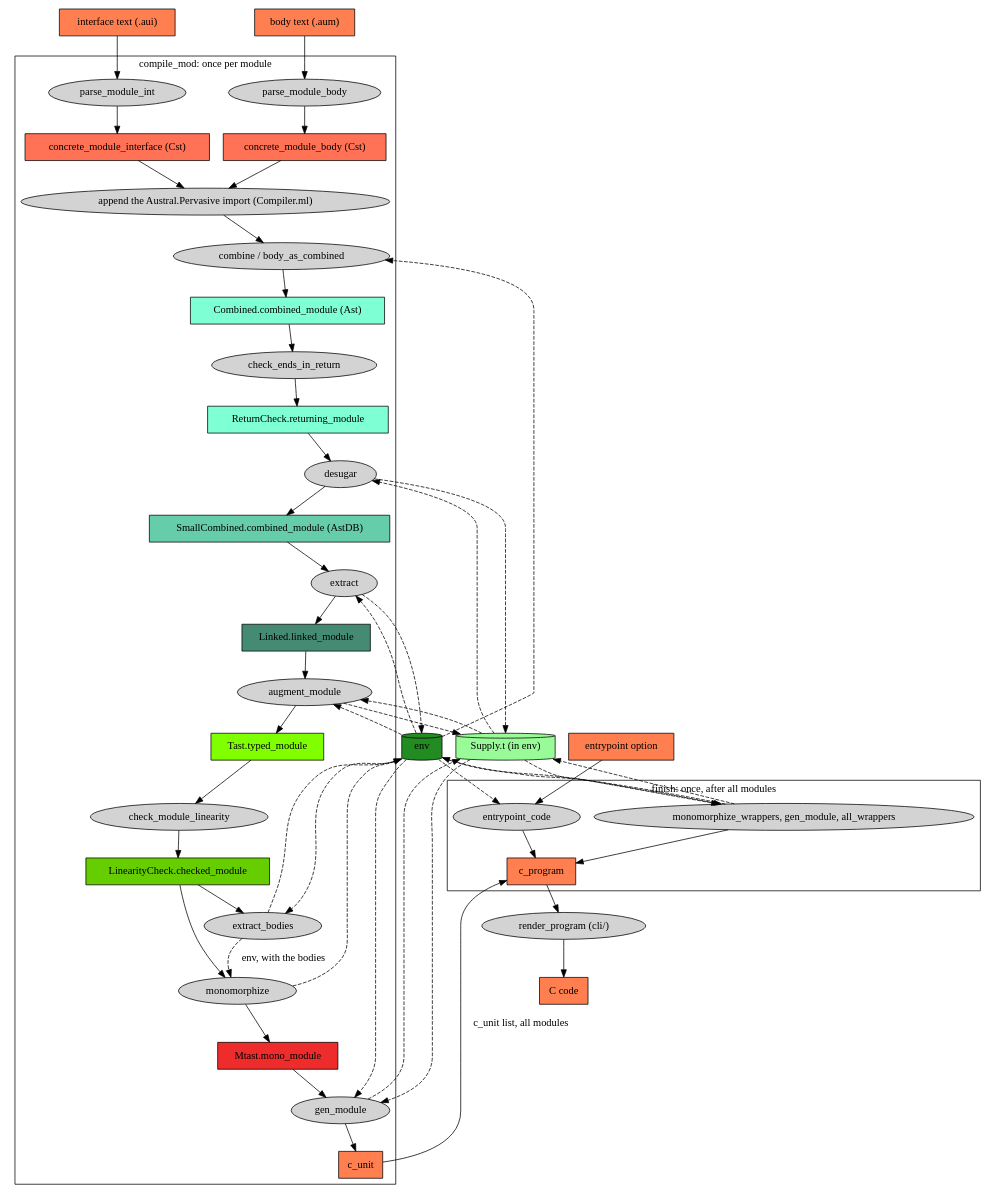
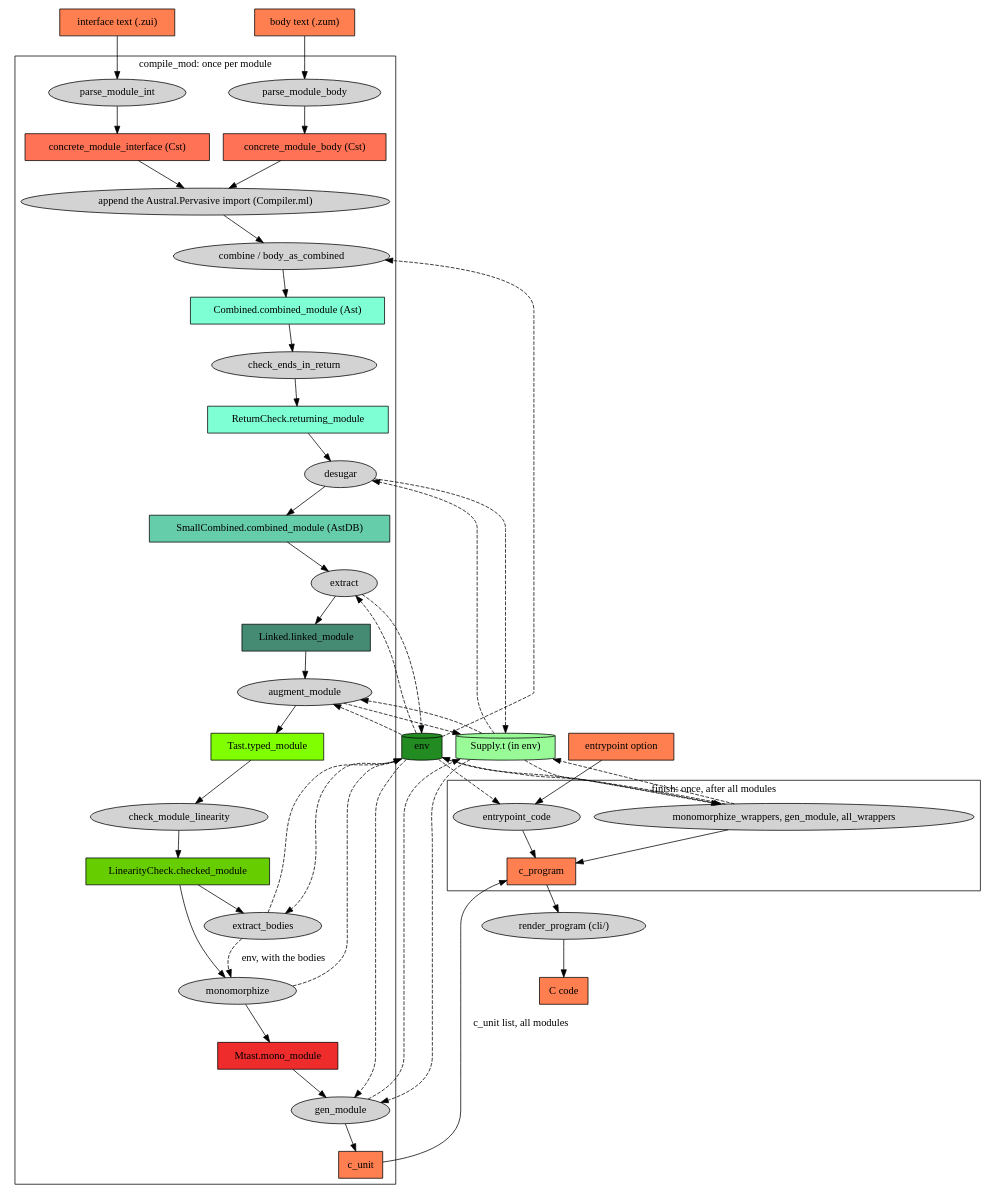
Before and after one commit to seiei-sogen/zustral: the diagram in docs/pipeline.dot, drawn with Graphviz. The commit also changed 2667 other files, not shown here.

First line of the commit message:
ソースファイルの拡張子を `.zum`（モジュール本体）と `.zui`（インターフェース）に変える (#166)

```diff
--- a/docs/pipeline.dot
+++ b/docs/pipeline.dot
@@ -1,89 +1,89 @@
 // The stages of lib/Compiler.ml and their types in lib/Pipeline.mli.
 // Boxes are values, ellipses are stages (named by the function that runs them).
 // A dashed edge is the environment or the supply that a stage reads or returns.
 digraph G {
     node[style=filled]
 
     // The two together (or the body alone), each with its file name, are one module_source.
-    aui[shape=rect fillcolor=coral label="interface text (.aui)"]
-    aum[shape=rect fillcolor=coral label="body text (.aum)"]
+    zui[shape=rect fillcolor=coral label="interface text (.zui)"]
+    zum[shape=rect fillcolor=coral label="body text (.zum)"]
     ep[shape=rect fillcolor=coral label="entrypoint option"]
 
     subgraph cluster_module {
         label="compile_mod: once per module"
 
         icst[shape=rect fillcolor=coral1 label="concrete_module_interface (Cst)"]
         bcst[shape=rect fillcolor=coral1 label="concrete_module_body (Cst)"]
         combined[shape=rect fillcolor=aquamarine label="Combined.combined_module (Ast)"]
         returning[shape=rect fillcolor=aquamarine label="ReturnCheck.returning_module"]
         small[shape=rect fillcolor=aquamarine3 label="SmallCombined.combined_module (AstDB)"]
         linked[shape=rect fillcolor=aquamarine4 label="Linked.linked_module"]
         typed[shape=rect fillcolor=chartreuse1 label="Tast.typed_module"]
         checked[shape=rect fillcolor=chartreuse3 label="LinearityCheck.checked_module"]
         mono[shape=rect fillcolor=firebrick2 label="Mtast.mono_module"]
         unit[shape=rect fillcolor=coral label="c_unit"]
 
         parse_int[label="parse_module_int"]
         parse_body[label="parse_module_body"]
         pervasive[label="append the Austral.Pervasive import (Compiler.ml)"]
         combine[label="combine / body_as_combined"]
         check_returns[label="check_ends_in_return"]
         desugar[label="desugar"]
         extract[label="extract"]
         augment[label="augment_module"]
         linearity[label="check_module_linearity"]
         bodies[label="extract_bodies"]
         monomorphize[label="monomorphize"]
         gen[label="gen_module"]
     }
 
     subgraph cluster_finish {
         label="finish: once, after all modules"
 
         wrappers[label="monomorphize_wrappers, gen_module, all_wrappers"]
         entry[label="entrypoint_code"]
         program[shape=rect fillcolor=coral label="c_program"]
     }
 
     render[label="render_program (cli/)"]
     c[shape=rect fillcolor=coral label="C code"]
 
     env[label="env" fillcolor=forestgreen shape=cylinder]
     supply[label="Supply.t (in env)" fillcolor=palegreen shape=cylinder]
 
-    aui -> parse_int -> icst -> pervasive
-    aum -> parse_body -> bcst -> pervasive
+    zui -> parse_int -> icst -> pervasive
+    zum -> parse_body -> bcst -> pervasive
     pervasive -> combine
     combine -> combined -> check_returns -> returning -> desugar -> small -> extract -> linked
     linked -> augment -> typed -> linearity -> checked
     checked -> bodies
     checked -> monomorphize -> mono -> gen -> unit
     unit -> program [label="c_unit list, all modules"]
     ep -> entry
     wrappers -> program
     entry -> program
     program -> render -> c
 
     edge[style=dashed]
     env -> combine
     env -> extract
     extract -> env
     env -> augment
     env -> bodies
     bodies -> env
     // extract_bodies runs before monomorphize, which reads the bodies from the env.
     bodies -> monomorphize [label="env, with the bodies"]
     monomorphize -> env
     env -> gen
     env -> wrappers
     wrappers -> env
     env -> entry
     supply -> wrappers
     wrappers -> supply
     supply -> desugar
     desugar -> supply
     supply -> augment
     augment -> supply
     supply -> gen
     gen -> supply
 }
```
